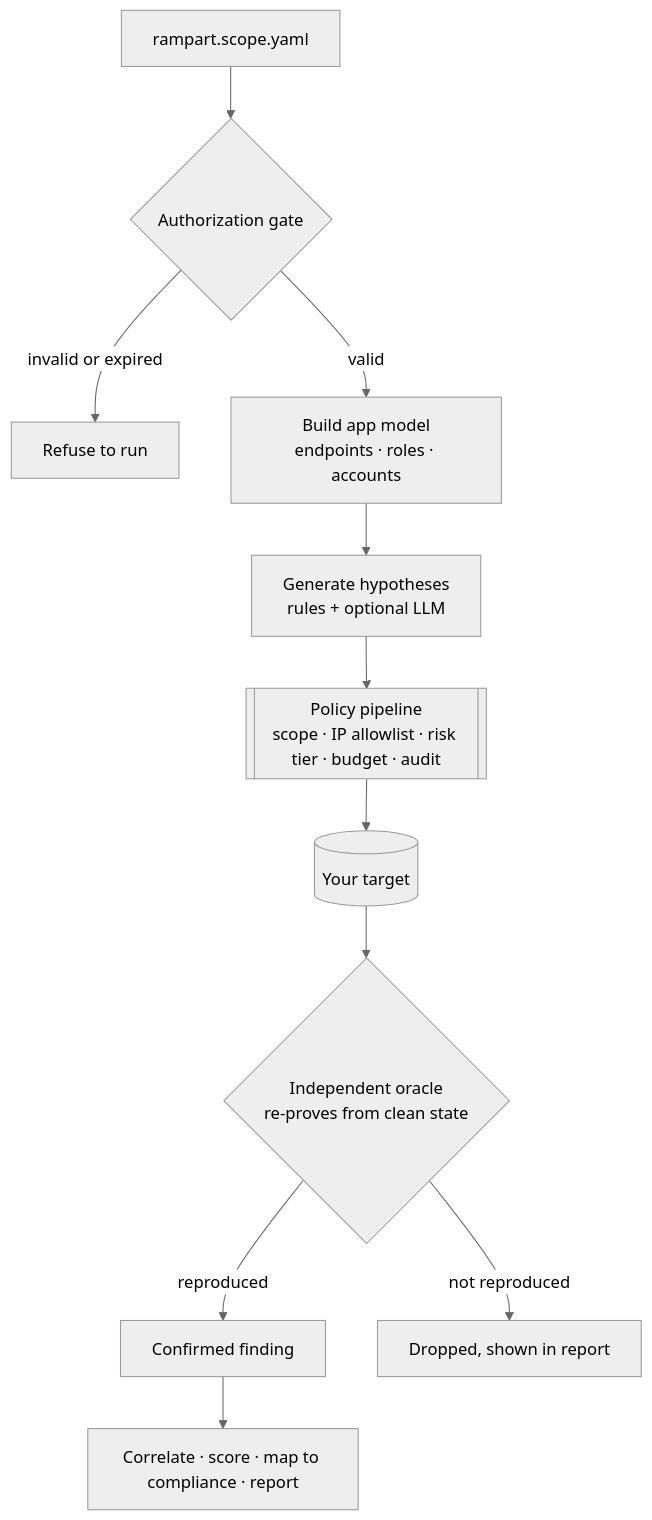
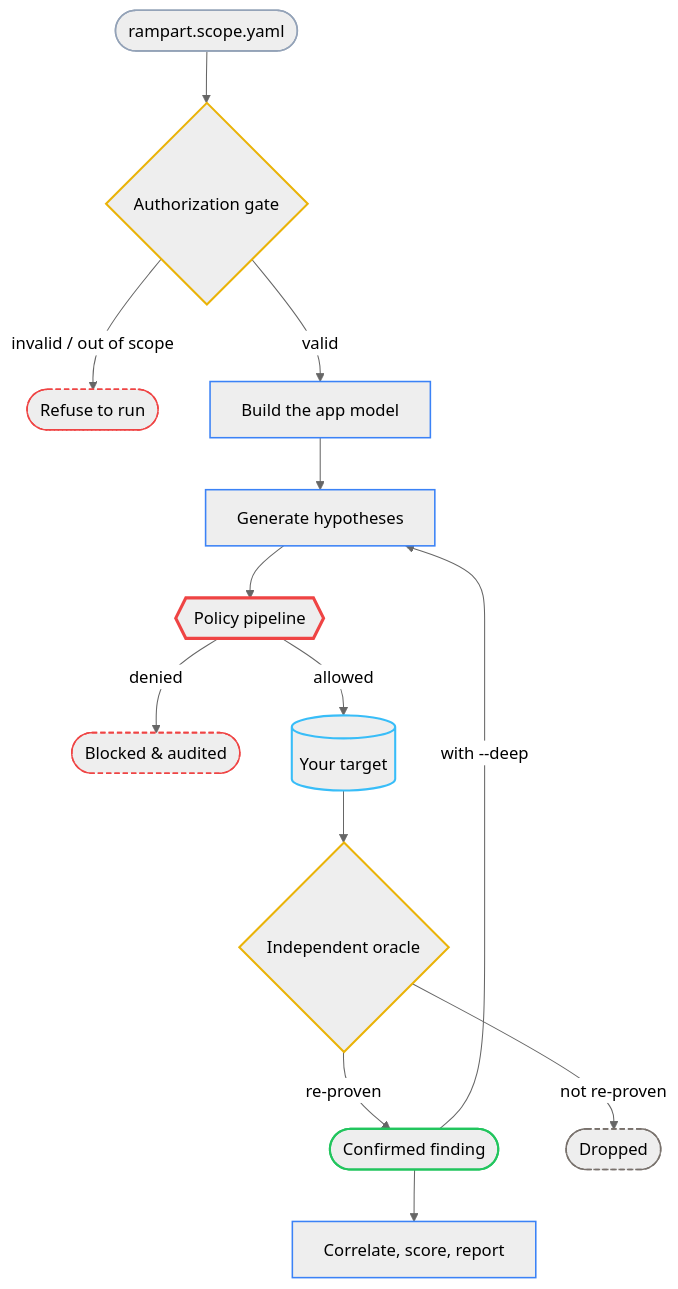
One commit to NitinReddy-A/HackOps_Recon changed the diagram in README.md. Above: the diagram before and after it, drawn with Mermaid (neutral theme). The commit also changed other lines of this file, not shown here.

Commit message:
README: redesign the architecture diagram (#5)
Short, non-clipping labels (the old two-line labels were truncated on GitHub),
color-coded node types with border-only styling that reads on both light and
dark themes, the policy pipeline shown as the one admission choke-point, the
fail-closed denial paths, and the --deep escalation loop. Added a one-line
legend.

````diff
--- a/README.md
+++ b/README.md
@@ -439,13 +439,24 @@
 ```mermaid
 flowchart TD
-    S[rampart.scope.yaml] --> G{Authorization gate}
-    G -- invalid or expired --> X[Refuse to run]
-    G -- valid --> M[Build app model<br/>endpoints · roles · accounts]
-    M --> H[Generate hypotheses<br/>rules + optional LLM]
-    H --> P[[Policy pipeline<br/>scope · IP allowlist · risk tier · budget · audit]]
-    P --> T[(Your target)]
-    T --> O{Independent oracle<br/>re-proves from clean state}
-    O -- reproduced --> C[Confirmed finding]
-    O -- not reproduced --> D[Dropped, shown in report]
-    C --> R[Correlate · score · map to compliance · report]
+    S([rampart.scope.yaml]):::doc --> G{Authorization gate}:::gate
+    G -- invalid / out of scope --> X([Refuse to run]):::stop
+    G -- valid --> M[Build the app model]:::step
+    M --> H[Generate hypotheses]:::step
+    H --> P{{Policy pipeline}}:::choke
+    P -- denied --> B([Blocked &amp; audited]):::stop
+    P -- allowed --> T[(Your target)]:::target
+    T --> O{Independent oracle}:::gate
+    O -- re-proven --> C([Confirmed finding]):::good
+    O -- not re-proven --> D([Dropped]):::drop
+    C -->|"with --deep"| H
+    C --> R[Correlate, score, report]:::step
+
+    classDef doc stroke:#94a3b8,stroke-width:1.5px
+    classDef step stroke:#3b82f6,stroke-width:1.5px
+    classDef gate stroke:#eab308,stroke-width:2px
+    classDef choke stroke:#ef4444,stroke-width:3px
+    classDef target stroke:#38bdf8,stroke-width:2px
+    classDef good stroke:#22c55e,stroke-width:2px
+    classDef drop stroke:#78716c,stroke-width:1.5px,stroke-dasharray:5 3
+    classDef stop stroke:#ef4444,stroke-width:1.5px,stroke-dasharray:5 3
 ```
````
